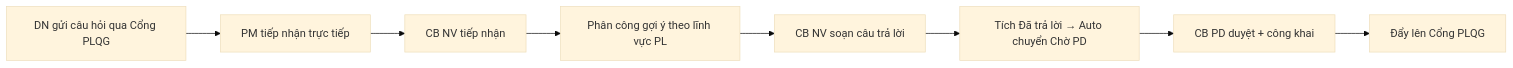
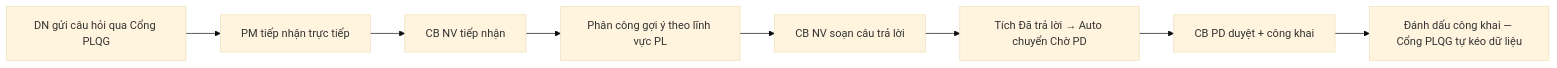
The first of 3 diagrams in input/srs-update-2026-5-5/srs-fr-02-hoi-dap.md (huongttt-0209/PM-HTPLDN), drawn with Mermaid (base theme) before and after one commit. The commit also changed other lines of this file and 48 other files, not shown here.

First line of the commit message:
Cập nhật quy trình QA, flow verify, SRS tham chiếu và .gitignore

````diff
--- a/input/srs-update-2026-5-5/srs-fr-02-hoi-dap.md
+++ b/input/srs-update-2026-5-5/srs-fr-02-hoi-dap.md
@@ -49,10 +49,10 @@
 ```mermaid
 graph LR
     A[DN gửi câu hỏi qua Cổng PLQG] --> B[PM tiếp nhận trực tiếp]
     B --> C[CB NV tiếp nhận]
     C --> D[Phân công gợi ý theo lĩnh vực PL]
     D --> E[CB NV soạn câu trả lời]
     E --> F[Tích Đã trả lời → Auto chuyển Chờ PD]
     F --> G[CB PD duyệt + công khai]
-    G --> H[Đẩy lên Cổng PLQG]
+    G --> H[Đánh dấu công khai — Cổng PLQG tự kéo dữ liệu]
 ```
````
